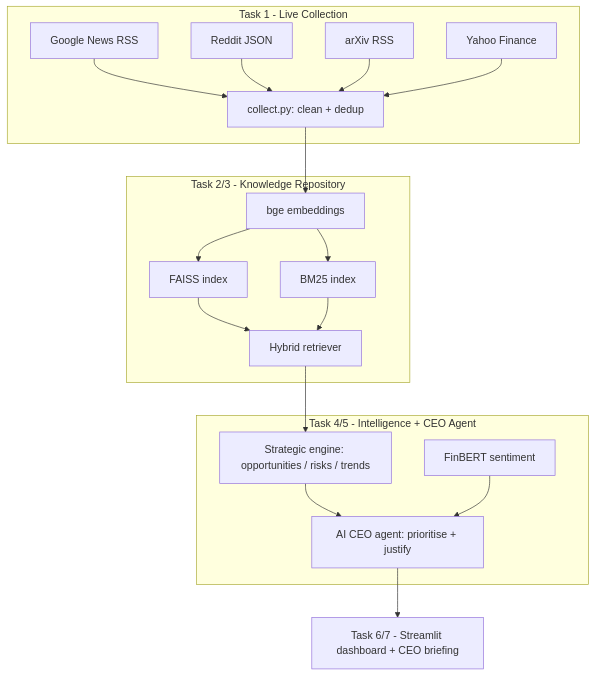
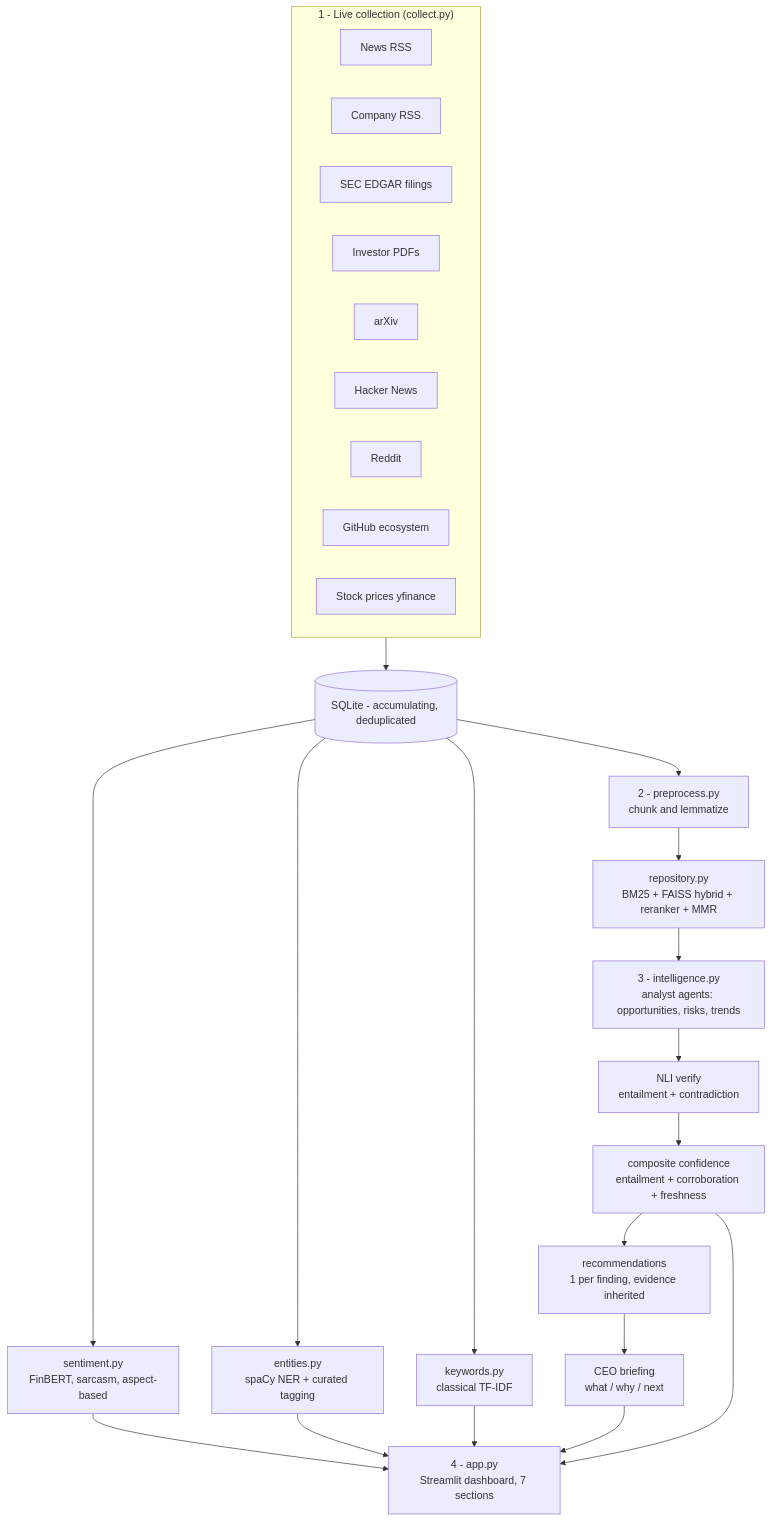
The diagram in ai_ceo_pkg/README.md (AnushkaSDBI/NVIDIA-CEO-AGENT), drawn with Mermaid before and after one commit. The commit also changed other lines of this file and 4 other files, not shown here.

````diff
--- a/ai_ceo_pkg/README.md
+++ b/ai_ceo_pkg/README.md
@@ -31,24 +19,30 @@
 ```mermaid
 flowchart TD
-    subgraph Collect [Task 1 - Live Collection]
-        A1[Google News RSS] --> C
-        A2[Reddit JSON] --> C
-        A3[arXiv RSS] --> C
-        A4[Yahoo Finance] --> C
-        C[collect.py: clean + dedup]
+    subgraph Collect["1 - Live collection (collect.py)"]
+        N[News RSS]
+        C[Company RSS]
+        S[SEC EDGAR filings]
+        P[Investor PDFs]
+        A[arXiv]
+        H[Hacker News]
+        R[Reddit]
+        G[GitHub ecosystem]
+        M[Stock prices yfinance]
     end
-    C --> R
-    subgraph Repo [Task 2/3 - Knowledge Repository]
-        R[bge embeddings] --> F[FAISS index]
-        R --> B[BM25 index]
-        F --> H[Hybrid retriever]
-        B --> H
-    end
-    H --> E
-    subgraph Engine [Task 4/5 - Intelligence + CEO Agent]
-        E[Strategic engine: opportunities / risks / trends]
-        E --> G[AI CEO agent: prioritise + justify]
-        S[FinBERT sentiment] --> G
-    end
-    G --> D[Task 6/7 - Streamlit dashboard + CEO briefing]
+    Collect --> DB[(SQLite - accumulating, deduplicated)]
+    DB --> PRE[2 - preprocess.py<br/>chunk and lemmatize]
+    PRE --> IDX[repository.py<br/>BM25 + FAISS hybrid + reranker + MMR]
+    DB --> SENT[sentiment.py<br/>FinBERT, sarcasm, aspect-based]
+    DB --> ENT[entities.py<br/>spaCy NER + curated tagging]
+    DB --> KW[keywords.py<br/>classical TF-IDF]
+    IDX --> IE[3 - intelligence.py<br/>analyst agents: opportunities, risks, trends]
+    IE --> VER[NLI verify<br/>entailment + contradiction]
+    VER --> SCORE[composite confidence<br/>entailment + corroboration + freshness]
+    SCORE --> REC[recommendations<br/>1 per finding, evidence inherited]
+    REC --> BRIEF[CEO briefing<br/>what / why / next]
+    SENT --> APP
+    ENT --> APP
+    KW --> APP
+    BRIEF --> APP[4 - app.py<br/>Streamlit dashboard, 7 sections]
+    SCORE --> APP
 ```
````
